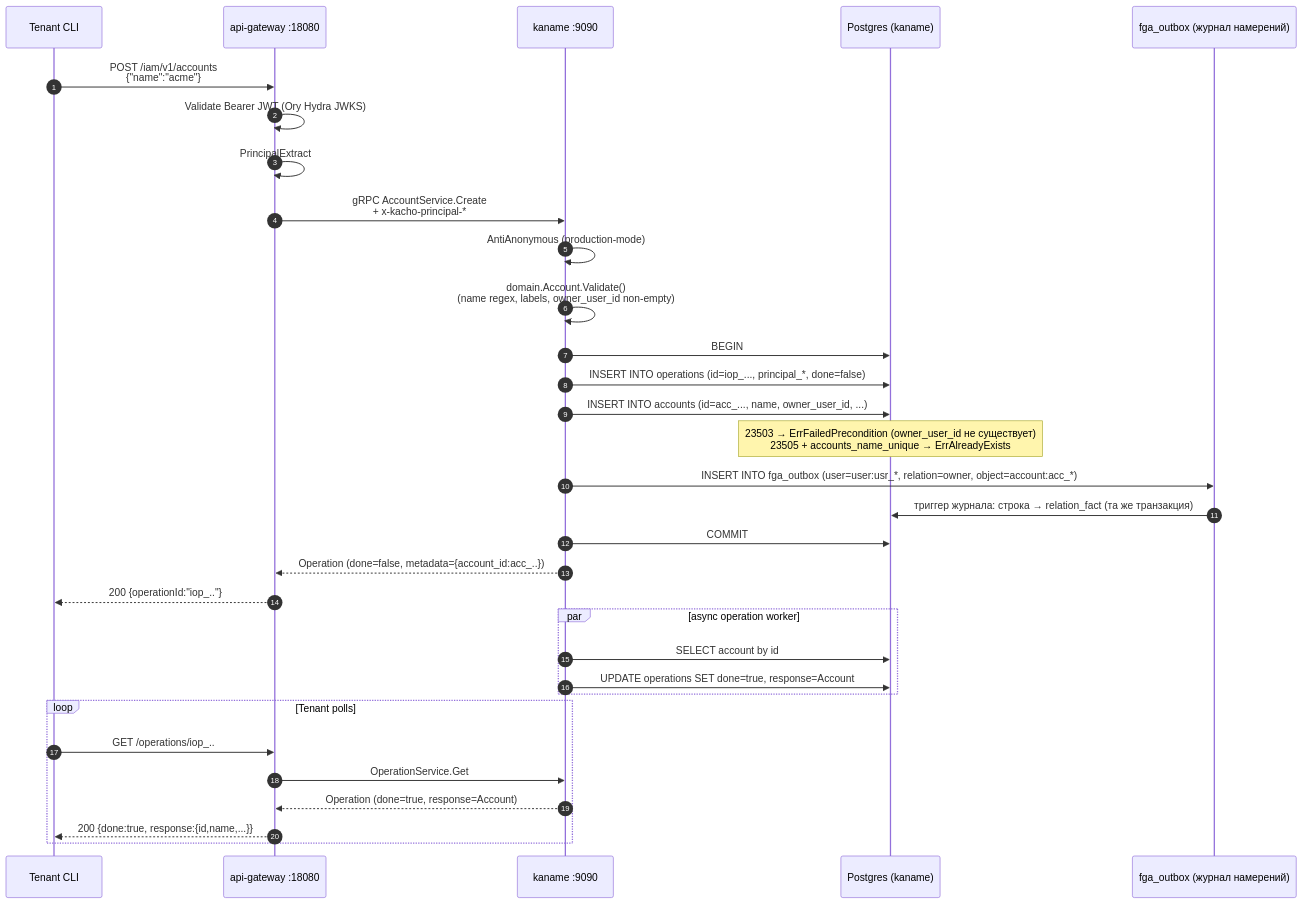
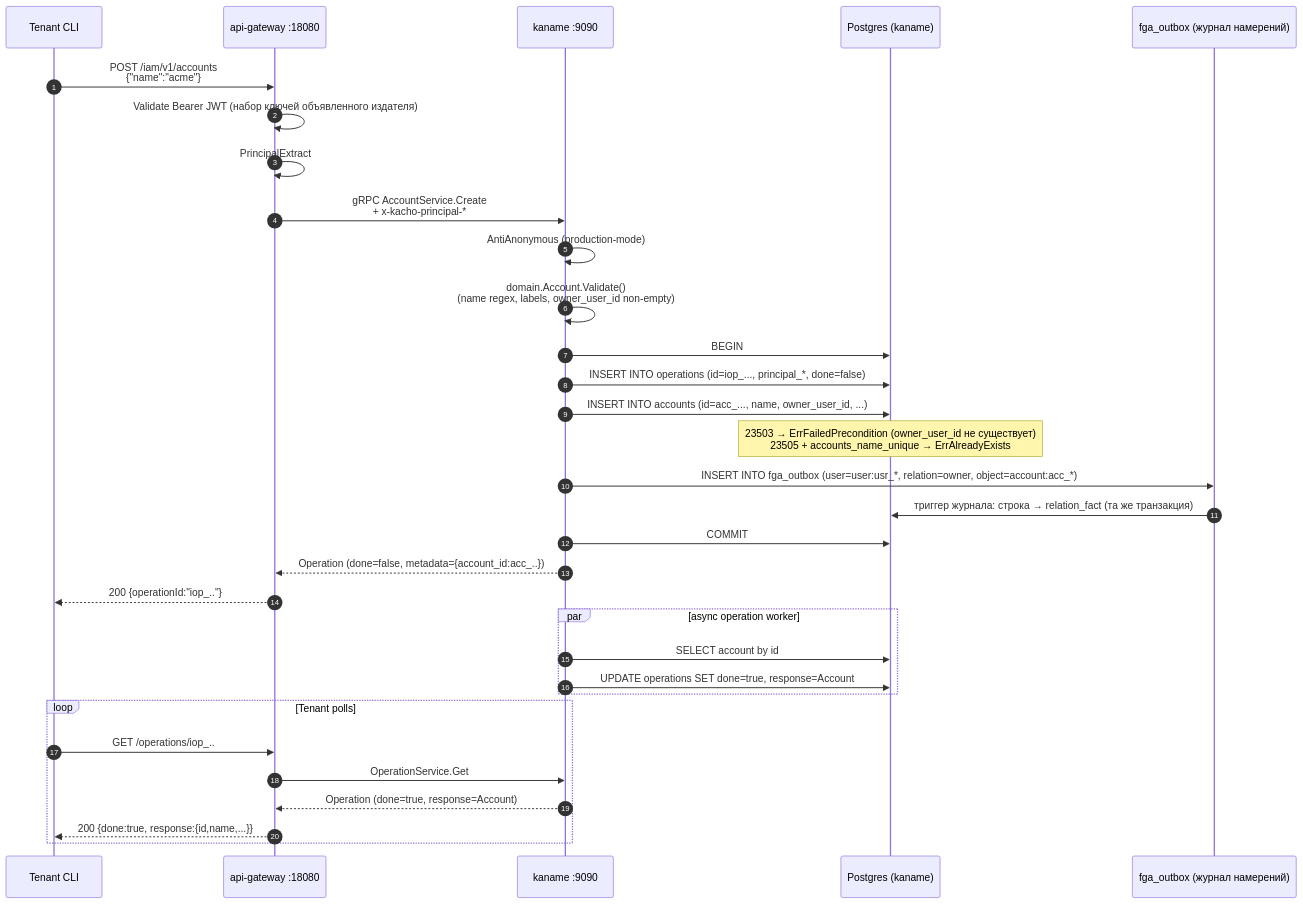
Before and after one commit to PRO-Robotech/kacho: the diagram in services/iam/docs/engineering/components/01-account.md, drawn with Mermaid. The commit also changed other lines of this file and 140 other files, not shown here.

````diff
--- a/services/iam/docs/engineering/components/01-account.md
+++ b/services/iam/docs/engineering/components/01-account.md
@@ -67,37 +67,37 @@
 ```mermaid
 sequenceDiagram
     autonumber
     participant Cli as Tenant CLI
     participant GW as api-gateway :18080
     participant IAM as kaname :9090
     participant DB as Postgres (kaname)
     participant Out as fga_outbox (журнал намерений)
 
     Cli->>GW: POST /iam/v1/accounts<br/>{"name":"acme"}
-    GW->>GW: Validate Bearer JWT (Ory Hydra JWKS)
+    GW->>GW: Validate Bearer JWT (набор ключей объявленного издателя)
     GW->>GW: PrincipalExtract
     GW->>IAM: gRPC AccountService.Create<br/>+ x-kacho-principal-*
     IAM->>IAM: AntiAnonymous (production-mode)
     IAM->>IAM: domain.Account.Validate()<br/>(name regex, labels, owner_user_id non-empty)
     IAM->>DB: BEGIN
     IAM->>DB: INSERT INTO operations (id=iop_..., principal_*, done=false)
     IAM->>DB: INSERT INTO accounts (id=acc_..., name, owner_user_id, ...)
     Note over DB: 23503 → ErrFailedPrecondition (owner_user_id не существует)<br/>23505 + accounts_name_unique → ErrAlreadyExists
     IAM->>Out: INSERT INTO fga_outbox (user=user:usr_*, relation=owner, object=account:acc_*)
     Out->>DB: триггер журнала: строка → relation_fact (та же транзакция)
     IAM->>DB: COMMIT
     IAM-->>GW: Operation (done=false, metadata={account_id:acc_..})
     GW-->>Cli: 200 {operationId:"iop_.."}
 
     par async operation worker
         IAM->>DB: SELECT account by id
         IAM->>DB: UPDATE operations SET done=true, response=Account
     end
 
     loop Tenant polls
         Cli->>GW: GET /operations/iop_..
         GW->>IAM: OperationService.Get
         IAM-->>GW: Operation (done=true, response=Account)
         GW-->>Cli: 200 {done:true, response:{id,name,...}}
     end
 ```
````
